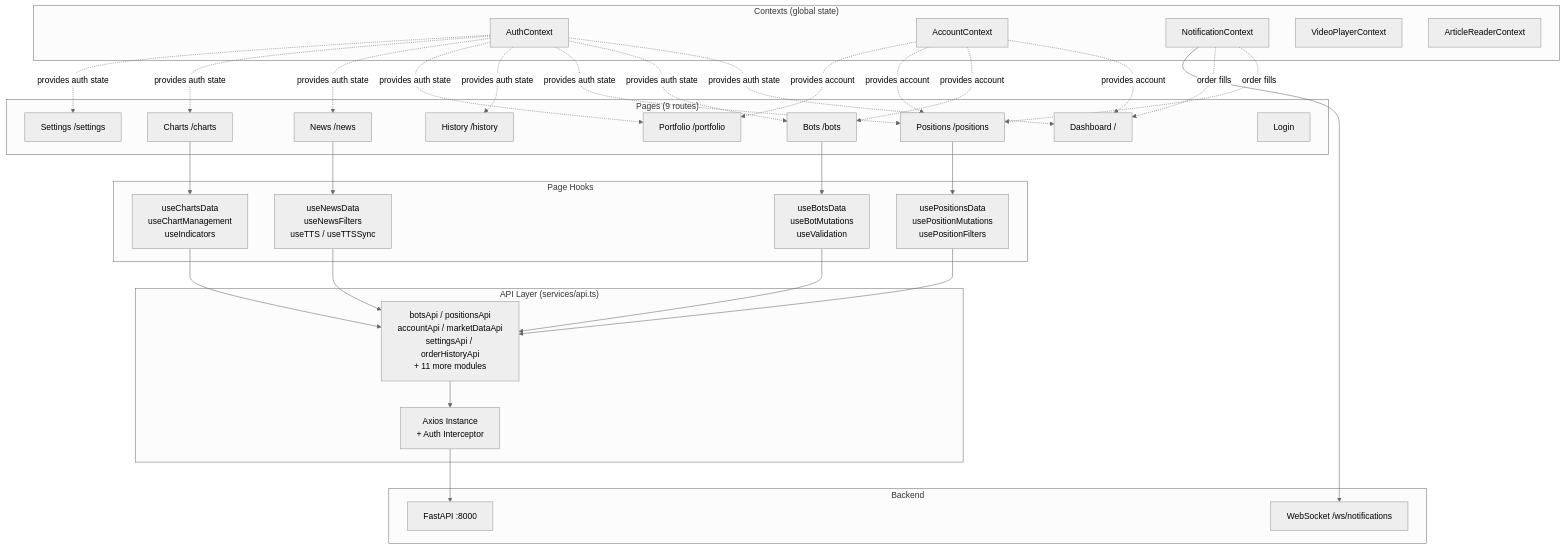
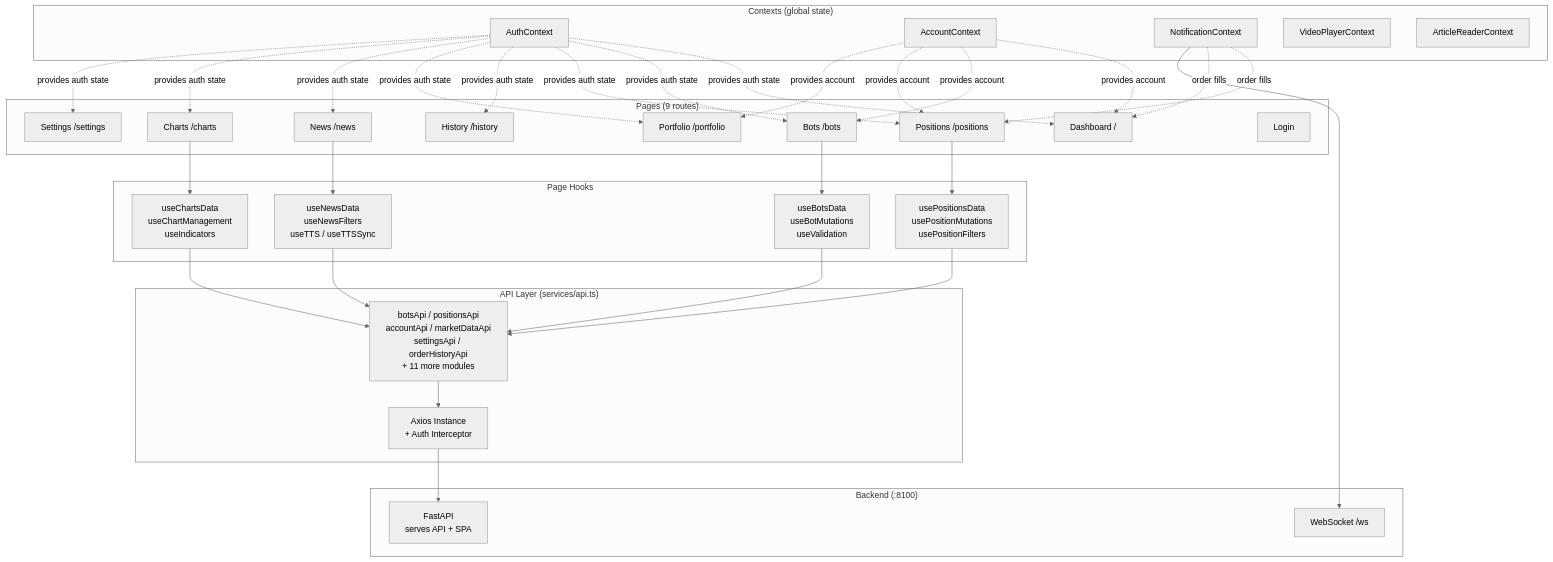
Before and after one commit to lromero74/ZenithGrid: the third of 5 diagrams in docs/ARCHITECTURE.md, drawn with Mermaid (neutral theme). The commit also changed other lines of this file and 15 other files, not shown here.

````diff
--- a/docs/ARCHITECTURE.md
+++ b/docs/ARCHITECTURE.md
@@ -196,52 +196,52 @@
 ```mermaid
 graph TB
     subgraph "Pages (9 routes)"
         P_DASH[Dashboard /]
         P_BOTS[Bots /bots]
         P_POS[Positions /positions]
         P_HIST[History /history]
         P_PORT[Portfolio /portfolio]
         P_NEWS[News /news]
         P_CHART[Charts /charts]
         P_SET[Settings /settings]
         P_LOGIN[Login]
     end
 
     subgraph "Contexts (global state)"
         CTX_AUTH[AuthContext]
         CTX_ACCT[AccountContext]
         CTX_NOTIF[NotificationContext]
         CTX_VIDEO[VideoPlayerContext]
         CTX_READER[ArticleReaderContext]
     end
 
     subgraph "Page Hooks"
         H_BOTS[useBotsData<br/>useBotMutations<br/>useValidation]
         H_POS[usePositionsData<br/>usePositionMutations<br/>usePositionFilters]
         H_CHART[useChartsData<br/>useChartManagement<br/>useIndicators]
         H_NEWS[useNewsData<br/>useNewsFilters<br/>useTTS / useTTSSync]
     end
 
     subgraph "API Layer (services/api.ts)"
         API[Axios Instance<br/>+ Auth Interceptor]
         API_MODS[botsApi / positionsApi<br/>accountApi / marketDataApi<br/>settingsApi / orderHistoryApi<br/>+ 11 more modules]
     end
 
-    subgraph "Backend"
-        BE[FastAPI :8000]
-        WS[WebSocket /ws/notifications]
+    subgraph "Backend (:8100)"
+        BE[FastAPI<br/>serves API + SPA]
+        WS[WebSocket /ws]
     end
 
     P_BOTS --> H_BOTS
     P_POS --> H_POS
     P_CHART --> H_CHART
     P_NEWS --> H_NEWS
 
     H_BOTS & H_POS & H_CHART & H_NEWS --> API_MODS
     API_MODS --> API --> BE
 
     CTX_AUTH -.->|provides auth state| P_DASH & P_BOTS & P_POS & P_HIST & P_PORT & P_NEWS & P_CHART & P_SET
     CTX_ACCT -.->|provides account| P_DASH & P_BOTS & P_POS & P_PORT
     CTX_NOTIF -.->|order fills| P_POS & P_DASH
     CTX_NOTIF --> WS
 ```
````
